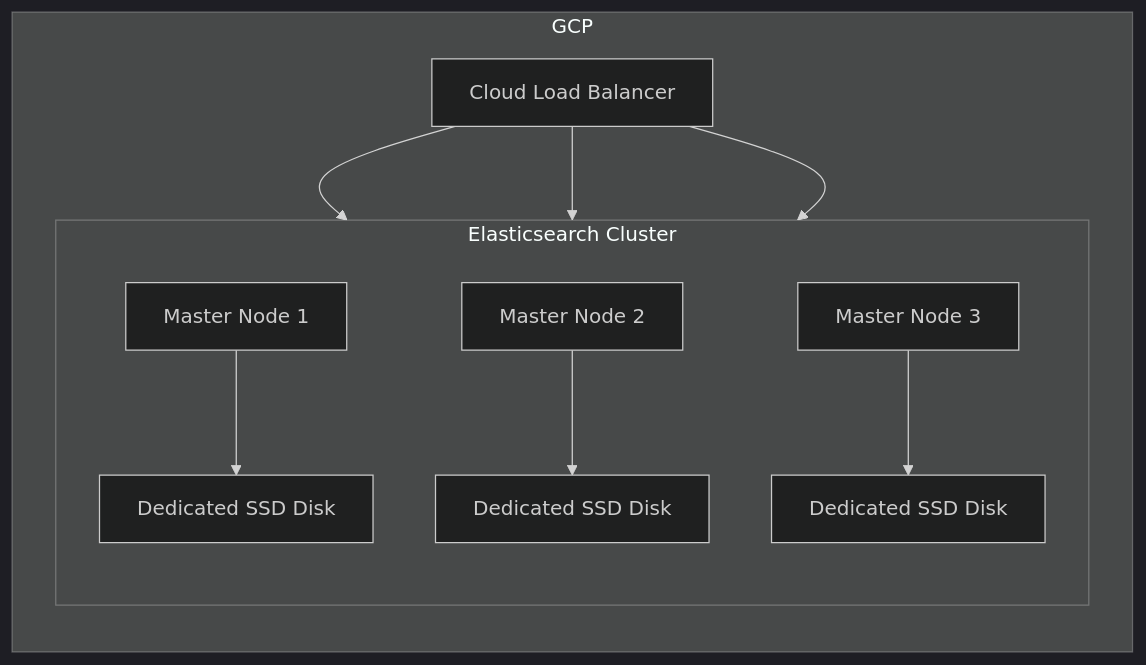
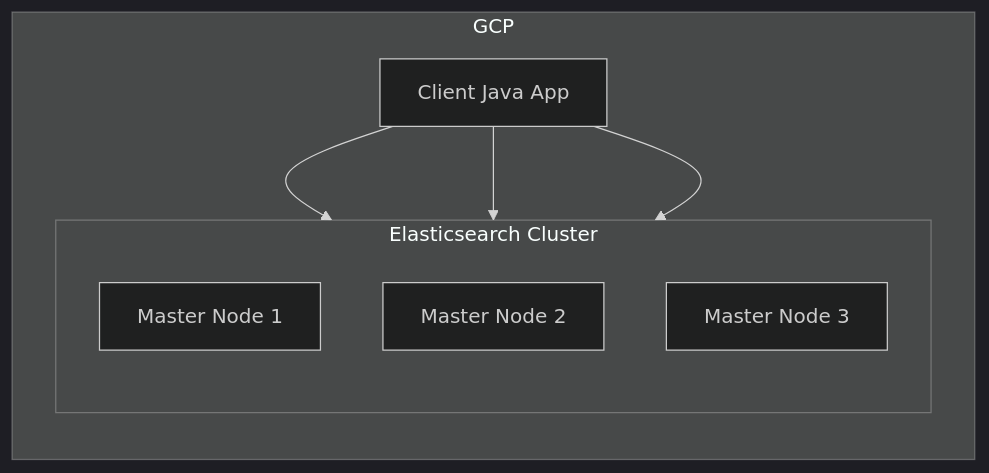
One commit to ducnm0711/es_lab changed the diagram in docs/architecture.md. Above: the diagram before and after it, drawn with Mermaid (dark theme). The commit also changed other lines of this file and 5 other files, not shown here.

````diff
--- a/docs/architecture.md
+++ b/docs/architecture.md
@@ -3,18 +4,19 @@
 ```mermaid
 graph TD
     subgraph GCP
         direction TB
-        LB[Cloud Load Balancer]
+        
+        ClientApp[Client Java App]
         
         subgraph "Elasticsearch Cluster"
             direction TB
-            M1[Master Node 1] --> SSD1[Dedicated SSD Disk]
-            M2[Master Node 2] --> SSD2[Dedicated SSD Disk]
-            M3[Master Node 3] --> SSD3[Dedicated SSD Disk]
+            M1[Master Node 1]
+            M2[Master Node 2]
+            M3[Master Node 3] 
         end
     end
 
-    LB --> M1
-    LB --> M2
-    LB --> M3
+    ClientApp --> M1
+    ClientApp --> M2
+    ClientApp --> M3
 ```
````
